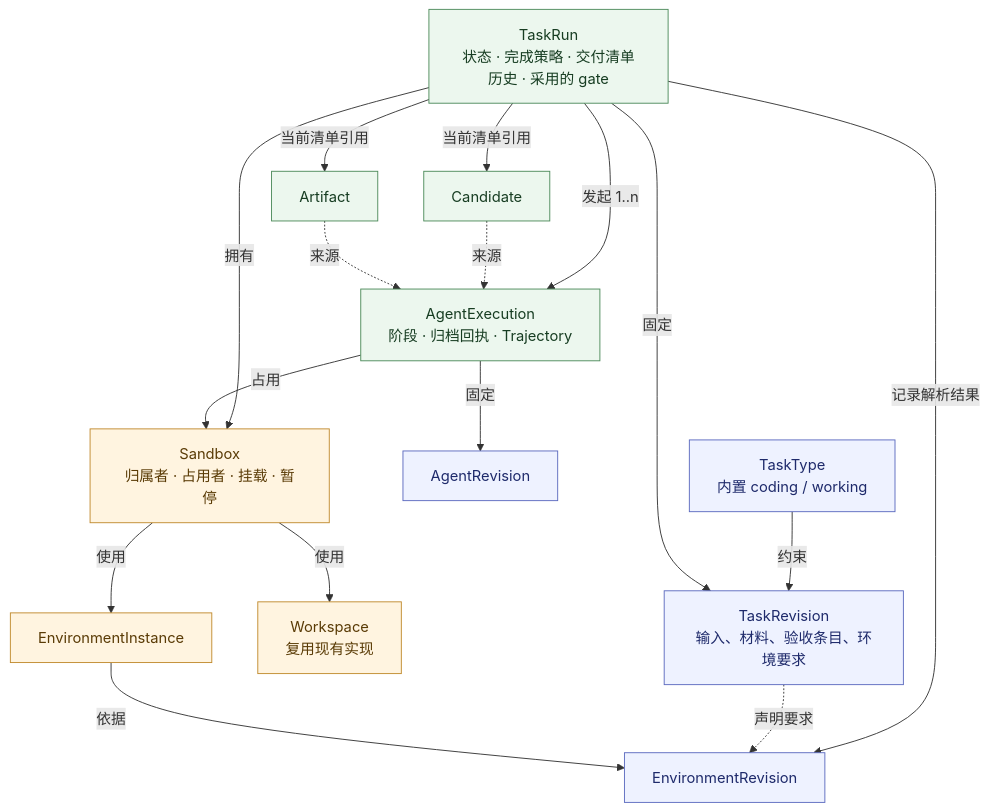
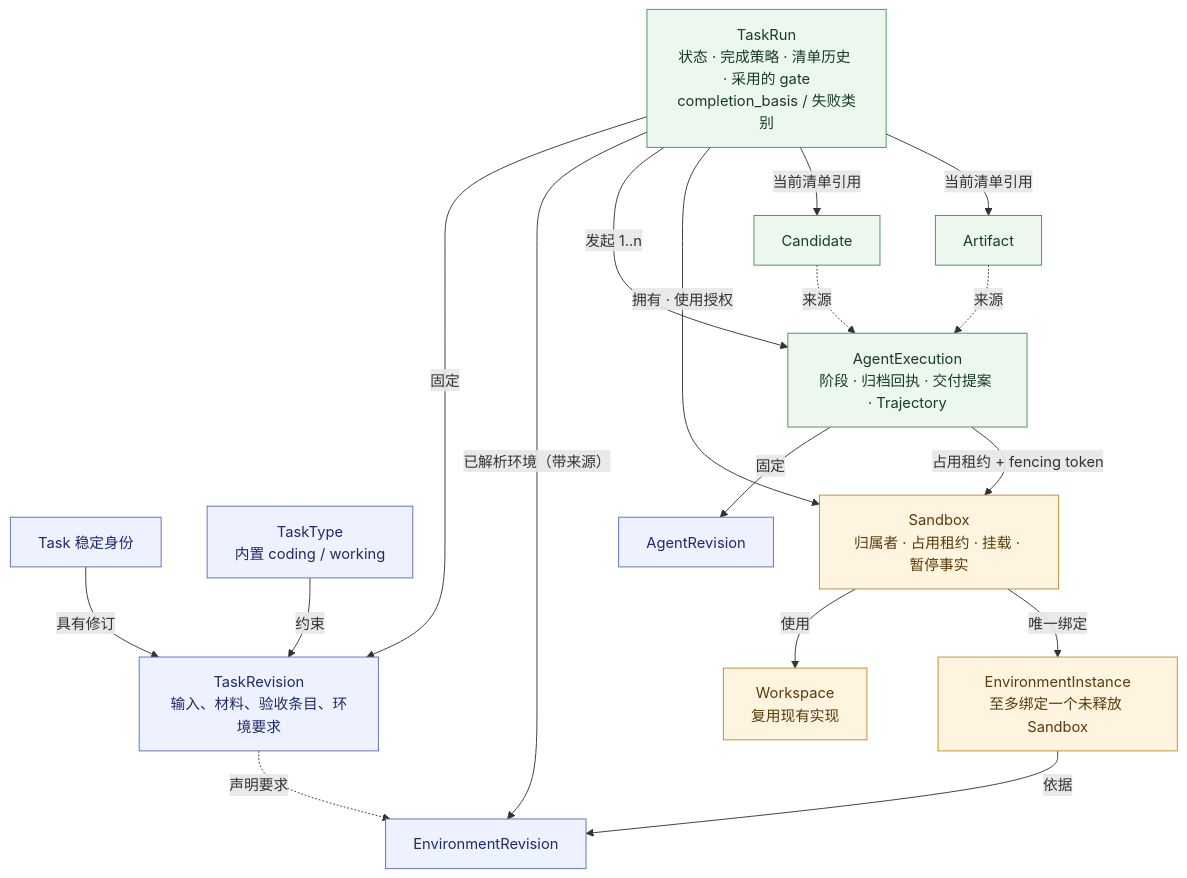
The diagram in docs/assets/r1-domain-run.mmd (MaybeLL/Ground), drawn with Mermaid before and after one commit. The commit also changed 19 other files, not shown here.

```diff
--- a/docs/assets/r1-domain-run.mmd
+++ b/docs/assets/r1-domain-run.mmd
@@ -1,22 +1,23 @@
 flowchart TB
-  TT[TaskType<br/>内置 coding / working] -->|约束| TR[TaskRevision<br/>输入、材料、验收条目、环境要求]
-  RN[TaskRun<br/>状态 · 完成策略 · 交付清单历史 · 采用的 gate] -->|固定| TR
-  RN -->|记录解析结果| ENR[EnvironmentRevision]
+  T[Task 稳定身份] -->|具有修订| TR[TaskRevision<br/>输入、材料、验收条目、环境要求]
+  TT[TaskType<br/>内置 coding / working] -->|约束| TR
+  RN[TaskRun<br/>状态 · 完成策略 · 清单历史 · 采用的 gate<br/>completion_basis / 失败类别] -->|固定| TR
+  RN -->|已解析环境（带来源）| ENR[EnvironmentRevision]
   TR -.->|声明要求| ENR
-  RN -->|发起 1..n| AX[AgentExecution<br/>阶段 · 归档回执 · Trajectory]
+  RN -->|发起 1..n| AX[AgentExecution<br/>阶段 · 归档回执 · 交付提案 · Trajectory]
   AX -->|固定| AR[AgentRevision]
-  RN -->|拥有| SBX[Sandbox<br/>归属者 · 占用者 · 挂载 · 暂停]
-  AX -->|占用| SBX
+  RN -->|拥有 · 使用授权| SBX[Sandbox<br/>归属者 · 占用租约 · 挂载 · 暂停事实]
+  AX -->|占用租约 + fencing token| SBX
   SBX -->|使用| WS[Workspace<br/>复用现有实现]
-  SBX -->|使用| EI[EnvironmentInstance]
+  SBX -->|唯一绑定| EI[EnvironmentInstance<br/>至多绑定一个未释放 Sandbox]
   EI -->|依据| ENR
   RN -->|当前清单引用| C[Candidate]
   RN -->|当前清单引用| A[Artifact]
   C -.->|来源| AX
   A -.->|来源| AX
   classDef def fill:#eef2ff,stroke:#5b6abf,color:#1e2a6b;
   classDef fact fill:#ecf7ee,stroke:#4c8a5a,color:#173d22;
   classDef res fill:#fff4e0,stroke:#c08a2d,color:#5a3b06;
-  class TT,TR,ENR,AR def;
+  class T,TT,TR,ENR,AR def;
   class RN,AX,C,A fact;
   class SBX,WS,EI res;
```
